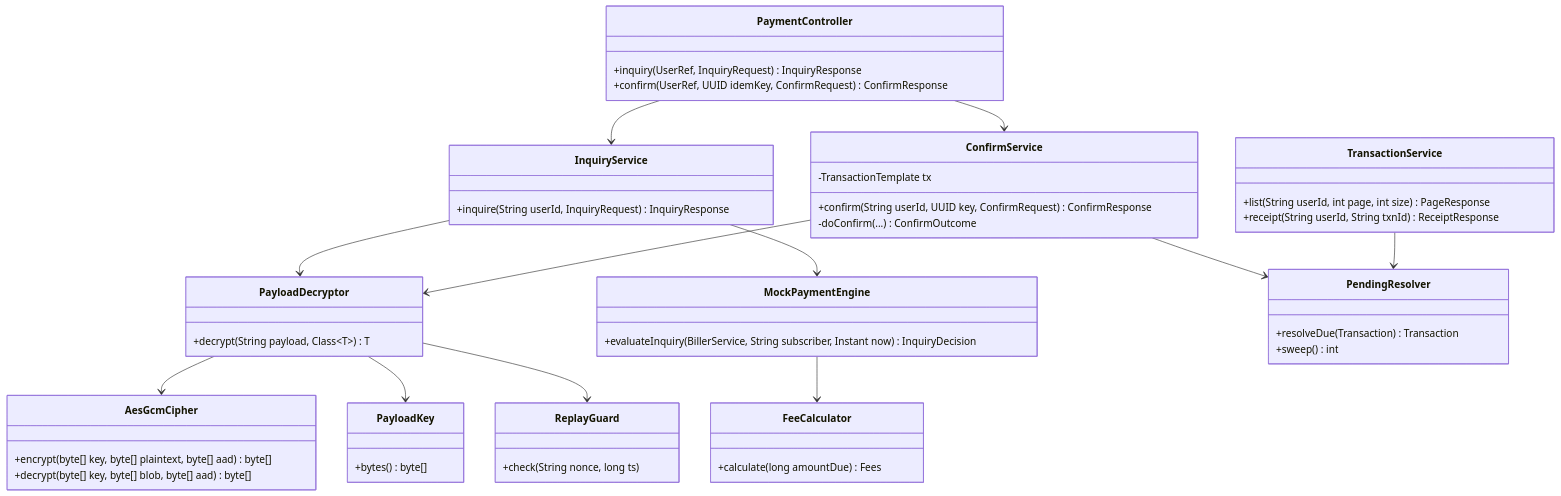
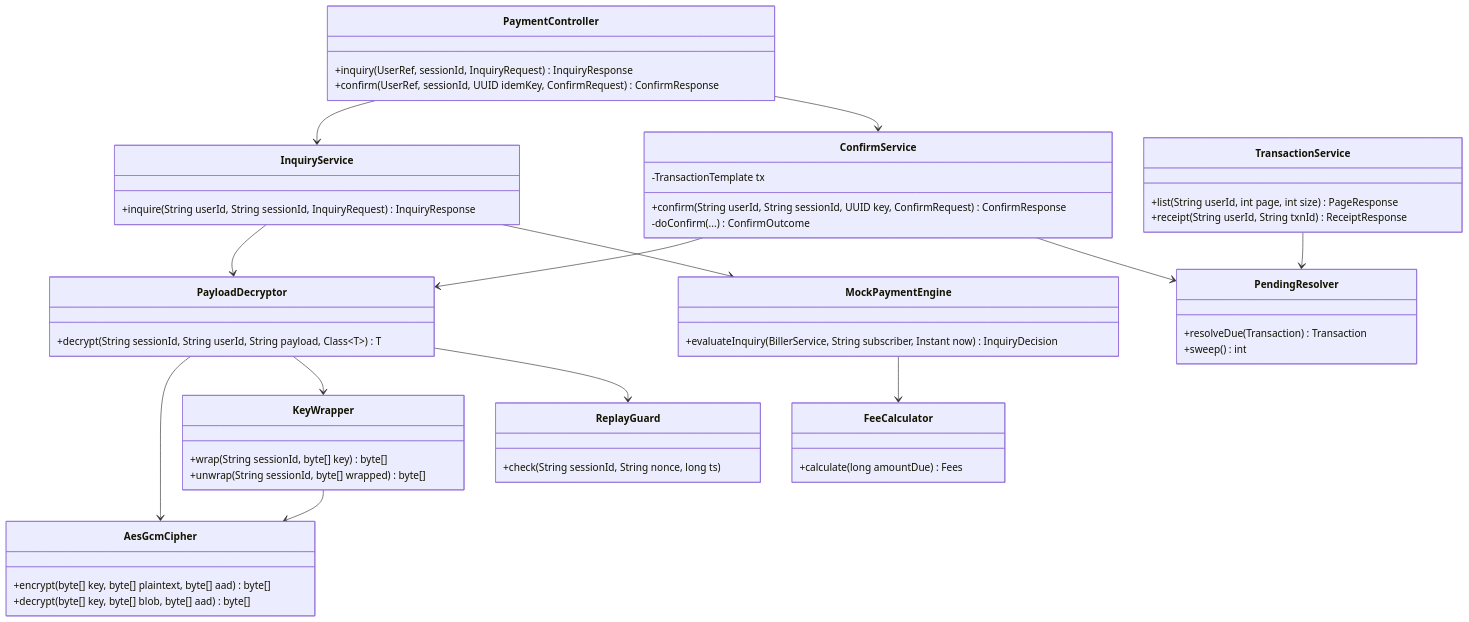
One commit to M-o-m-e-n/Momkn-pay-backend changed the diagram in docs/LLD.md. Above: the diagram before and after it, drawn with Mermaid. The commit also changed other lines of this file and 3 other files, not shown here.

````diff
--- a/docs/LLD.md
+++ b/docs/LLD.md
@@ -129,54 +131,56 @@
 ```mermaid
 classDiagram
     class PaymentController {
-        +inquiry(UserRef, InquiryRequest) InquiryResponse
-        +confirm(UserRef, UUID idemKey, ConfirmRequest) ConfirmResponse
+        +inquiry(UserRef, sessionId, InquiryRequest) InquiryResponse
+        +confirm(UserRef, sessionId, UUID idemKey, ConfirmRequest) ConfirmResponse
     }
     class InquiryService {
-        +inquire(String userId, InquiryRequest) InquiryResponse
+        +inquire(String userId, String sessionId, InquiryRequest) InquiryResponse
     }
     class ConfirmService {
         -TransactionTemplate tx
-        +confirm(String userId, UUID key, ConfirmRequest) ConfirmResponse
+        +confirm(String userId, String sessionId, UUID key, ConfirmRequest) ConfirmResponse
         -doConfirm(...) ConfirmOutcome
     }
     class PayloadDecryptor {
-        +decrypt(String payload, Class~T~) T
+        +decrypt(String sessionId, String userId, String payload, Class~T~) T
     }
     class ReplayGuard {
-        +check(String nonce, long ts)
+        +check(String sessionId, String nonce, long ts)
     }
     class AesGcmCipher {
         +encrypt(byte[] key, byte[] plaintext, byte[] aad) byte[]
         +decrypt(byte[] key, byte[] blob, byte[] aad) byte[]
     }
-    class PayloadKey {
-        +bytes() byte[]
+    class KeyWrapper {
+        +wrap(String sessionId, byte[] key) byte[]
+        +unwrap(String sessionId, byte[] wrapped) byte[]
     }
     class MockPaymentEngine {
         +evaluateInquiry(BillerService, String subscriber, Instant now) InquiryDecision
     }
     class FeeCalculator {
         +calculate(long amountDue) Fees
     }
     class PendingResolver {
         +resolveDue(Transaction) Transaction
         +sweep() int
     }
     class TransactionService {
         +list(String userId, int page, int size) PageResponse
         +receipt(String userId, String txnId) ReceiptResponse
     }
 
     PaymentController --> InquiryService
     PaymentController --> ConfirmService
     InquiryService --> PayloadDecryptor
     InquiryService --> MockPaymentEngine
     ConfirmService --> PayloadDecryptor
     ConfirmService --> PendingResolver
     PayloadDecryptor --> AesGcmCipher
-    PayloadDecryptor --> PayloadKey
+    PayloadDecryptor --> KeyWrapper
     PayloadDecryptor --> ReplayGuard
+    KeyWrapper --> AesGcmCipher
     MockPaymentEngine --> FeeCalculator
     TransactionService --> PendingResolver
 ```
````
